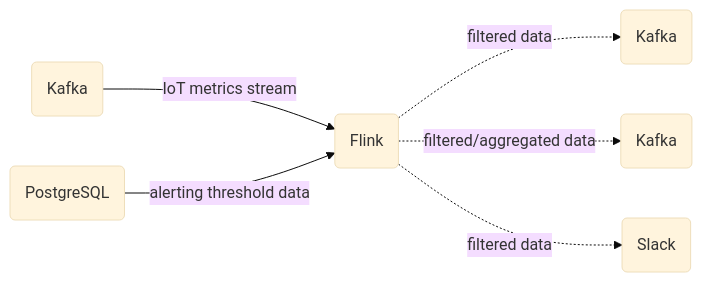
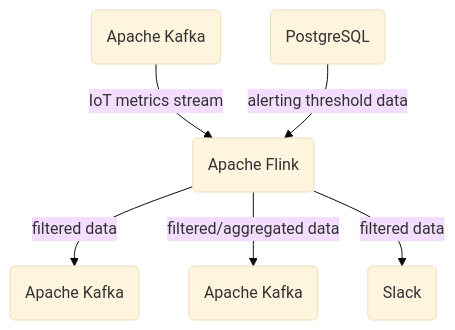
The third of 7 diagrams in docs/tutorials/anomaly-detection.rst (aiven/devportal), drawn with Mermaid (base theme) before and after one commit. The commit also changed other lines of this file and 1 other file, not shown here.

```diff
--- a/docs/tutorials/anomaly-detection.rst
+++ b/docs/tutorials/anomaly-detection.rst
@@ -29,9 +51,9 @@
 .. mermaid::
 
-    graph LR;
+    graph TD;
 
-        id1(Kafka)-- IoT metrics stream -->id3(Flink);
+        id1(Apache Kafka)-- IoT metrics stream -->id3(Apache Flink);
         id2(PostgreSQL)-- alerting threshold data -->id3;
-        id3-. filtered data .->id4(Kafka);
-        id3-. filtered/aggregated data .->id5(Kafka);
-        id3-. filtered data .->id7(Slack);
+        id3-- filtered data -->id4(Apache Kafka);
+        id3-- filtered/aggregated data -->id5(Apache Kafka);
+        id3-- filtered data -->id7(Slack);
```
